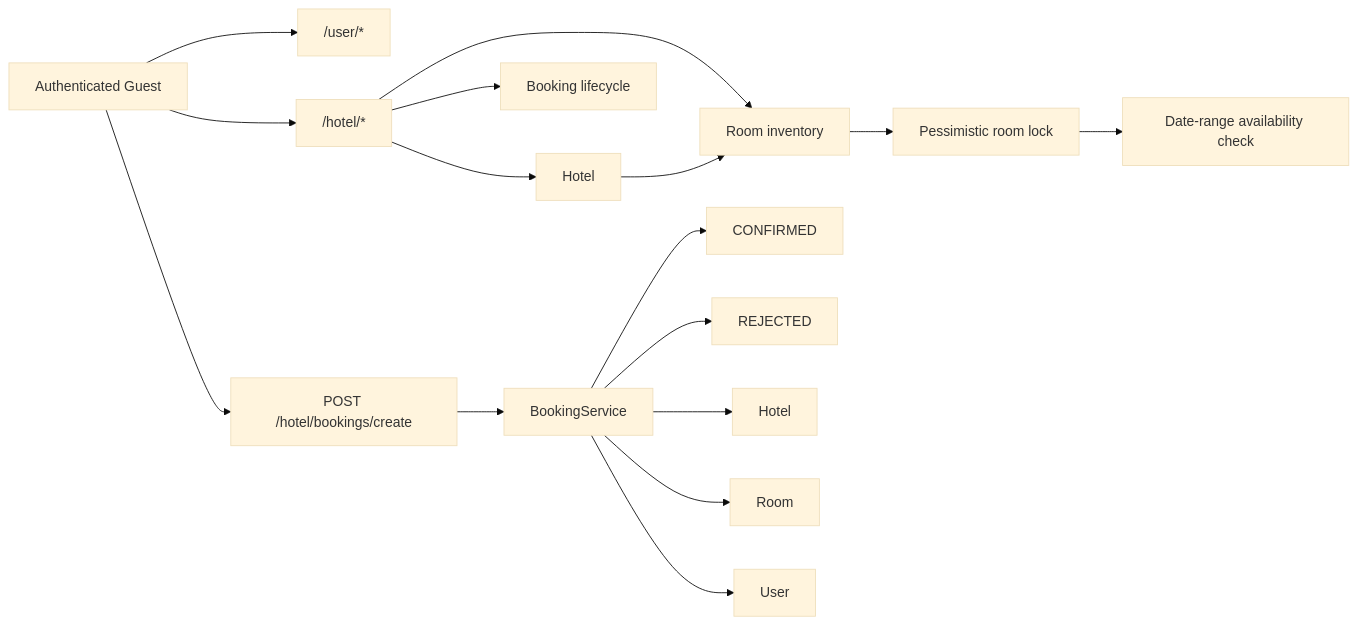
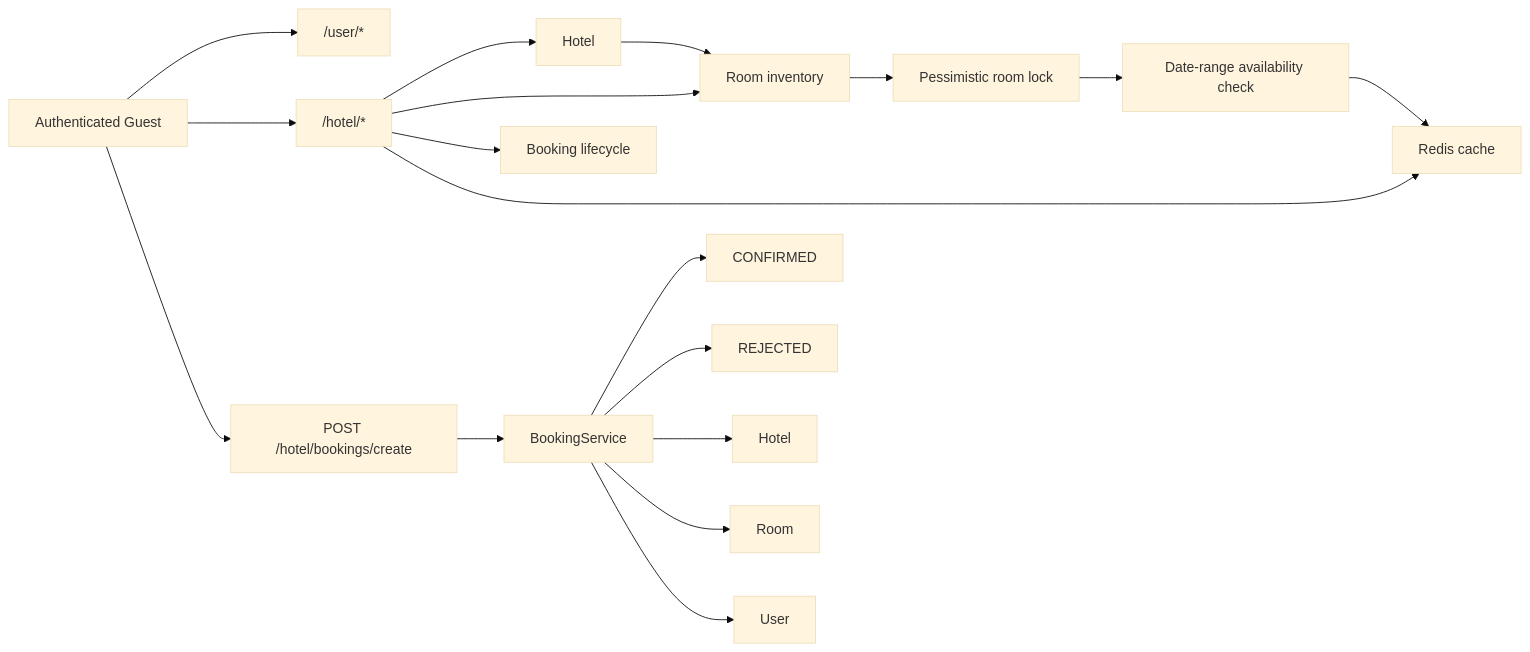
One commit to byte2code/hotel-management-api changed the diagram in README.md. Above: the diagram before and after it, drawn with Mermaid (base theme). The commit also changed other lines of this file and 10 other files, not shown here.

Commit message:
Add Redis room availability caching

````diff
--- a/README.md
+++ b/README.md
@@ -181,20 +191,22 @@
 ```mermaid
 flowchart LR
     Guest[Authenticated Guest] --> UserAPI["/user/*"]
     Guest --> HotelAPI["/hotel/*"]
 
     HotelAPI --> Hotels["Hotel"]
     HotelAPI --> Rooms["Room inventory"]
     HotelAPI --> Bookings["Booking lifecycle"]
+    HotelAPI --> Cache["Redis cache"]
 
     Hotels --> Rooms
     Rooms --> LockedRoom["Pessimistic room lock"]
     LockedRoom --> Availability["Date-range availability check"]
+    Availability --> Cache
     Guest --> BookingRequest["POST /hotel/bookings/create"]
     BookingRequest --> BookingService["BookingService"]
     BookingService --> Confirmed["CONFIRMED"]
     BookingService --> Rejected["REJECTED"]
     BookingService --> HotelEntity["Hotel"]
     BookingService --> RoomEntity["Room"]
     BookingService --> UserEntity["User"]
 ```
````
